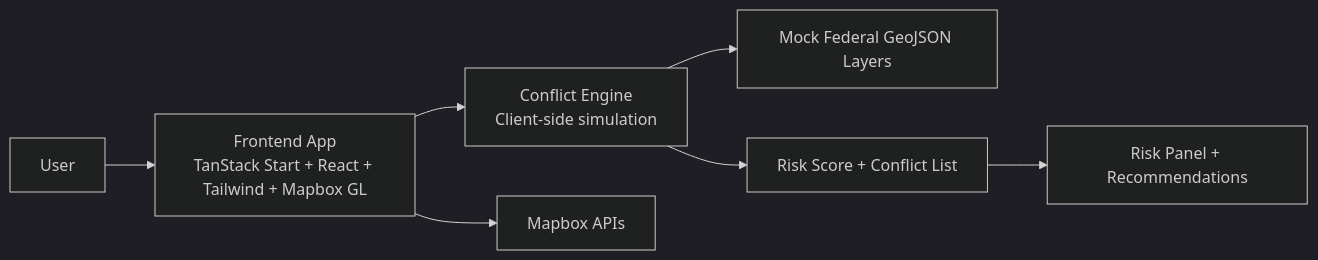
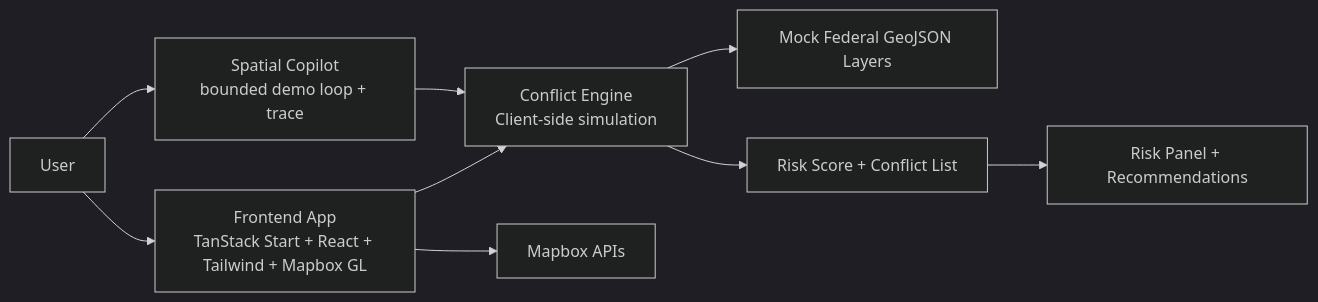
One commit to arora13/ReGrid changed the first of 2 diagrams in README.md. Above: the diagram before and after it, drawn with Mermaid (dark theme). The commit also changed other lines of this file and 6 other files, not shown here.

First line of the commit message:
Add Spatial Copilot demo with streamed mission trace.

````diff
--- a/README.md
+++ b/README.md
@@ -18,9 +21,11 @@
 ```mermaid
 flowchart LR
     U[User] --> FE[Frontend App\nTanStack Start + React + Tailwind + Mapbox GL]
+    U --> CP[Spatial Copilot\nbounded demo loop + trace]
     FE --> CE[Conflict Engine\nClient-side simulation]
     FE --> MAP[Mapbox APIs]
+    CP --> CE
     CE --> LAYERS[Mock Federal GeoJSON Layers]
     CE --> SCORE[Risk Score + Conflict List]
     SCORE --> UI[Risk Panel + Recommendations]
 ```
````
